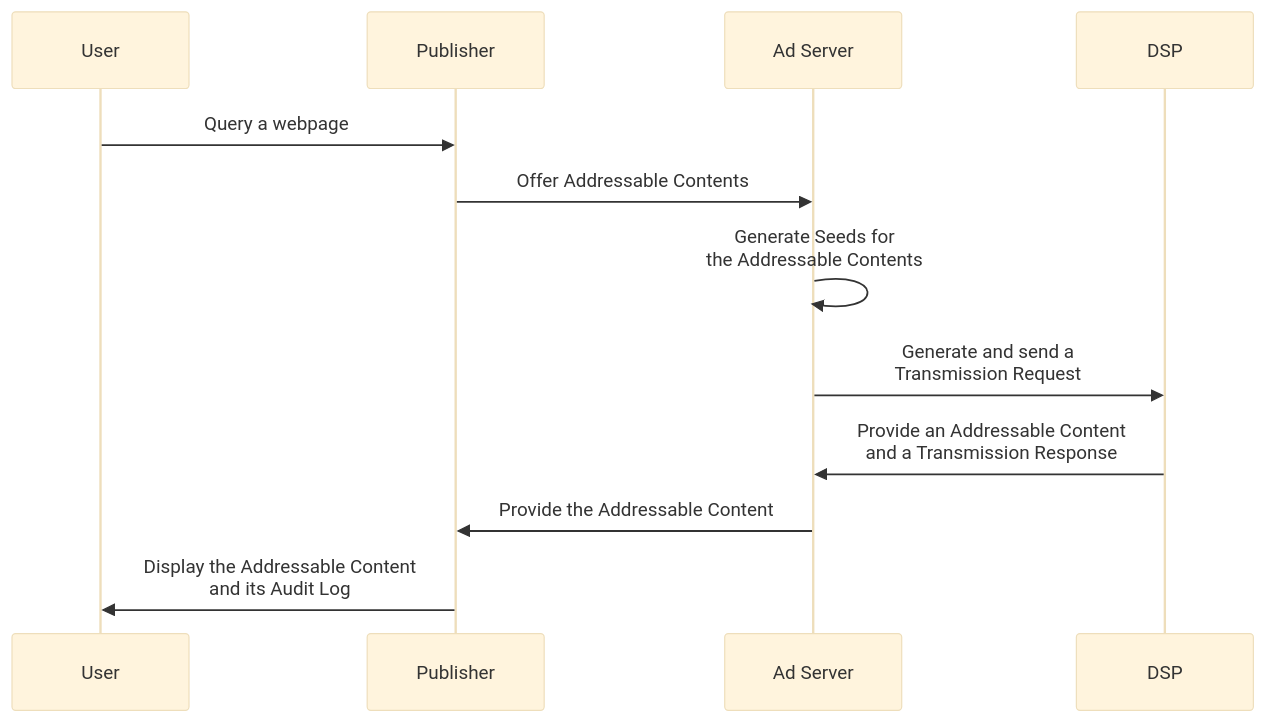
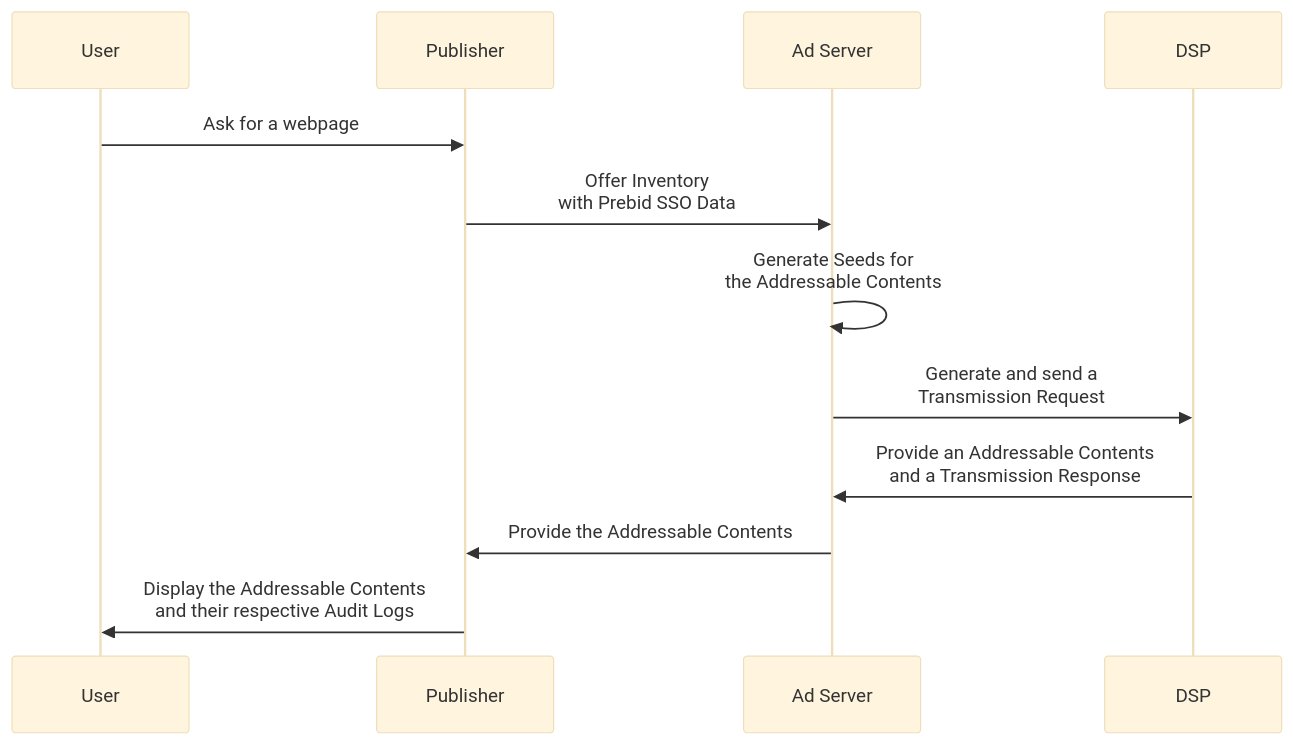
Before and after one commit to prebid/addressability-framework: the second of 3 diagrams in mvp-spec/website-implementation.md, drawn with Mermaid (base theme). The commit also changed other lines of this file and 14 other files, not shown here.

Commit message:
Add ad-server-implementation.md and refine its partials

````diff
--- a/mvp-spec/website-implementation.md
+++ b/mvp-spec/website-implementation.md
@@ -55,15 +60,16 @@
 ```mermaid
 sequenceDiagram
     participant User
     participant Publisher
     participant AdServer as Ad Server
     participant DSP
 
-    User->>Publisher: Query a webpage
-    Publisher->>AdServer: Offer Addressable Contents
+    User->>Publisher: Ask for a webpage
+    Publisher->>AdServer: Offer Inventory<br />with Prebid SSO Data
     AdServer->>AdServer: Generate Seeds for <br /> the Addressable Contents
     AdServer->>DSP: Generate and send a <br /> Transmission Request
-    DSP->>AdServer: Provide an Addressable Content <br /> and a Transmission Response
-    AdServer->>Publisher: Provide the Addressable Content
-    Publisher->>User: Display the Addressable Content <br /> and its Audit Log
+    DSP->>AdServer: Provide an Addressable Contents <br /> and a Transmission Response
+    AdServer->>Publisher: Provide the Addressable Contents
+    Publisher->>User: Display the Addressable Contents <br /> and their respective Audit Logs
+
 ```
````
